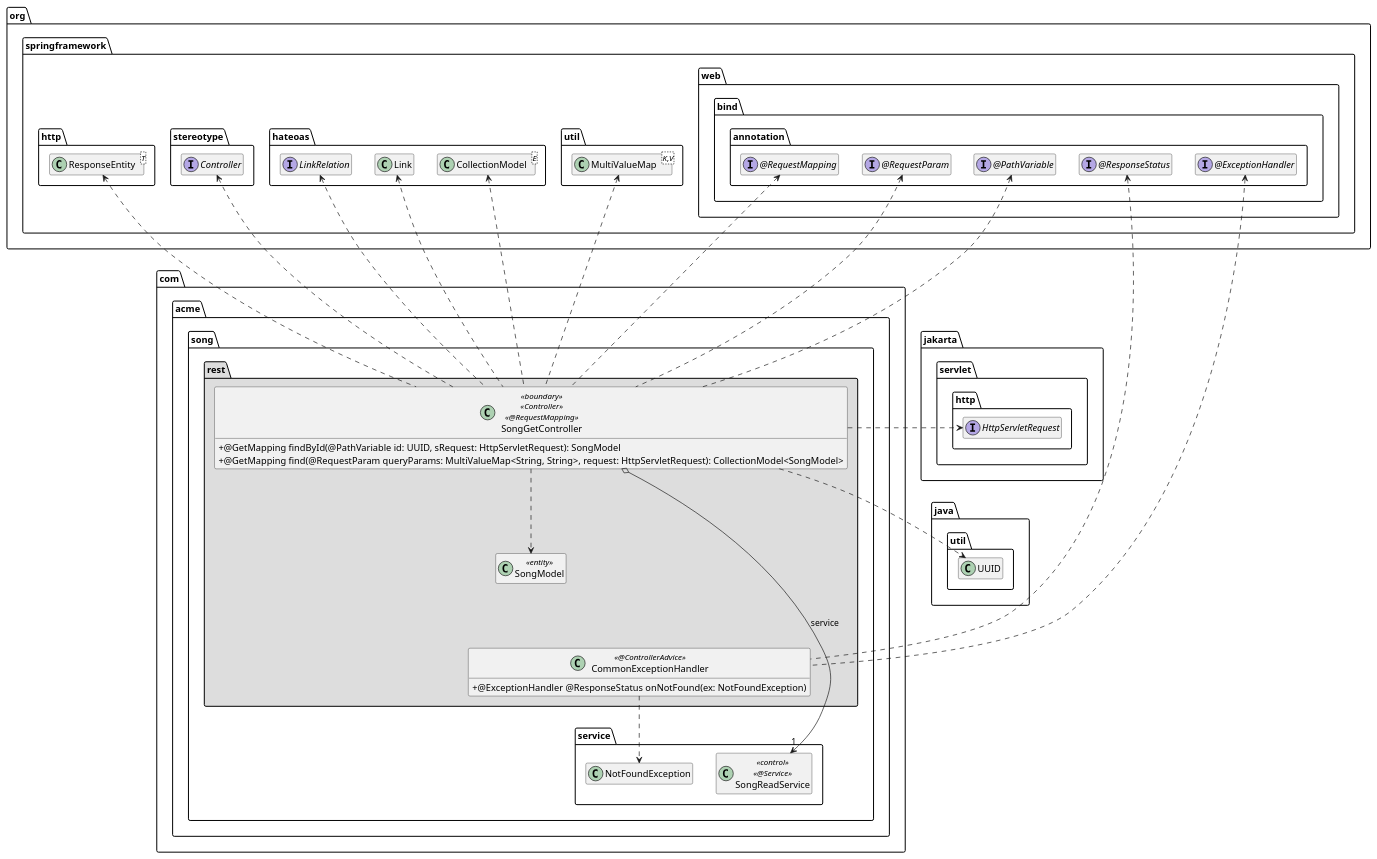
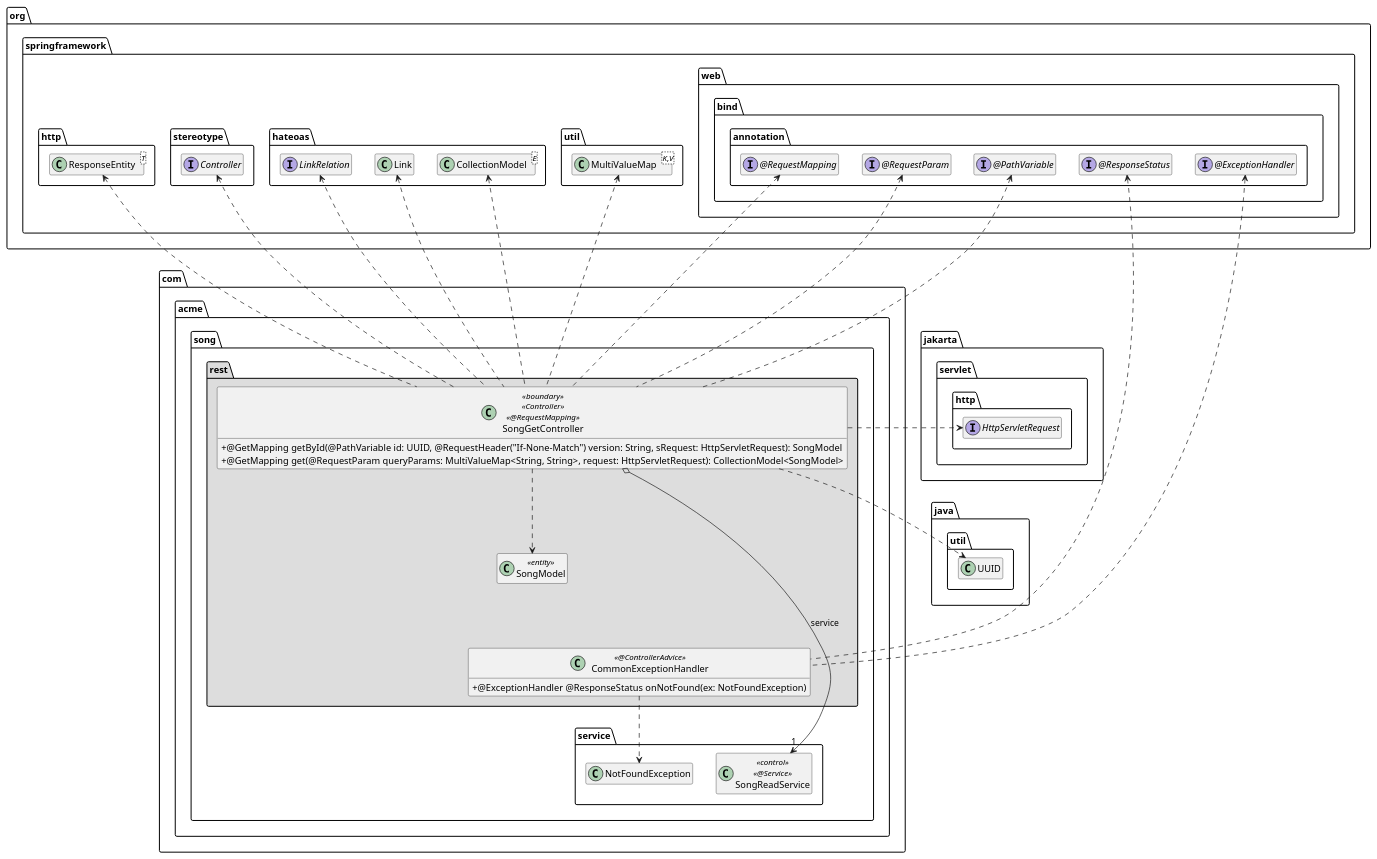
One commit to AntoninFa/Practise changed the diagram in SWA/song-v1/song/extras/doc/SongGetController.plantuml. Above: the diagram before and after it, drawn with PlantUML. The commit also changed 329 other files, not shown here.

```diff
--- a/SWA/song-v1/song/extras/doc/SongGetController.plantuml
+++ b/SWA/song-v1/song/extras/doc/SongGetController.plantuml
@@ -1,72 +1,72 @@
 @startuml SongGetController
 skinparam classAttributeIconSize 0
 package org.springframework {
     package web.bind.annotation {
         interface "@RequestMapping" as RequestMapping
         interface "@PathVariable" as PathVariable
         interface "@RequestParam" as RequestParam
         interface "@ExceptionHandler" as ExceptionHandler
         interface "@ResponseStatus" as ResponseStatus
     }
     package http {
         class ResponseEntity<T>
     }
     package stereotype {
     interface Controller
     }
     package hateoas {
         class CollectionModel<E>
         class Link
         interface LinkRelation
     }
     package util {
         class MultiValueMap<K,V>
     }
 }
 
 package jakarta.servlet.http {
     interface HttpServletRequest
 }
 
 package java.util {
     class UUID
 
     UUID .up[hidden].> HttpServletRequest
 }
 
 package com.acme.song {
     package service {
         class SongReadService << control >> << @Service >>
         class NotFoundException
     }
     package rest #DDDDDD {
         class SongModel <<entity>>
         class SongGetController << boundary >> << Controller >> << @RequestMapping >> {
-            + @GetMapping findById(@PathVariable id: UUID, sRequest: HttpServletRequest): SongModel
-            + @GetMapping find(@RequestParam queryParams: MultiValueMap<String, String>, request: HttpServletRequest): CollectionModel<SongModel>
+            + @GetMapping getById(@PathVariable id: UUID, @RequestHeader("If-None-Match") version: String, sRequest: HttpServletRequest): SongModel
+            + @GetMapping get(@RequestParam queryParams: MultiValueMap<String, String>, request: HttpServletRequest): CollectionModel<SongModel>
         }
         class CommonExceptionHandler << @ControllerAdvice >> {
             + @ExceptionHandler @ResponseStatus onNotFound(ex: NotFoundException)
         }
         SongGetController o--> "1" SongReadService : service
         SongGetController ..> SongModel
         SongGetController .up.> Controller
         SongGetController .up.> RequestMapping
         SongGetController .up.> PathVariable
         SongGetController .up.> RequestParam
         SongGetController .up.> ResponseEntity
         SongGetController .up.> MultiValueMap
         SongGetController .up.> CollectionModel
         SongGetController .up.> Link
         SongGetController .up.> LinkRelation
         SongGetController .right.> HttpServletRequest
         CommonExceptionHandler .up.> ExceptionHandler
         CommonExceptionHandler .up.> ResponseStatus
         CommonExceptionHandler ..> NotFoundException
         CommonExceptionHandler .up[hidden].> SongModel
         SongGetController .right.> UUID
         SongModel .[hidden].> SongReadService
     }
 }
 hide empty members
 @enduml
```
